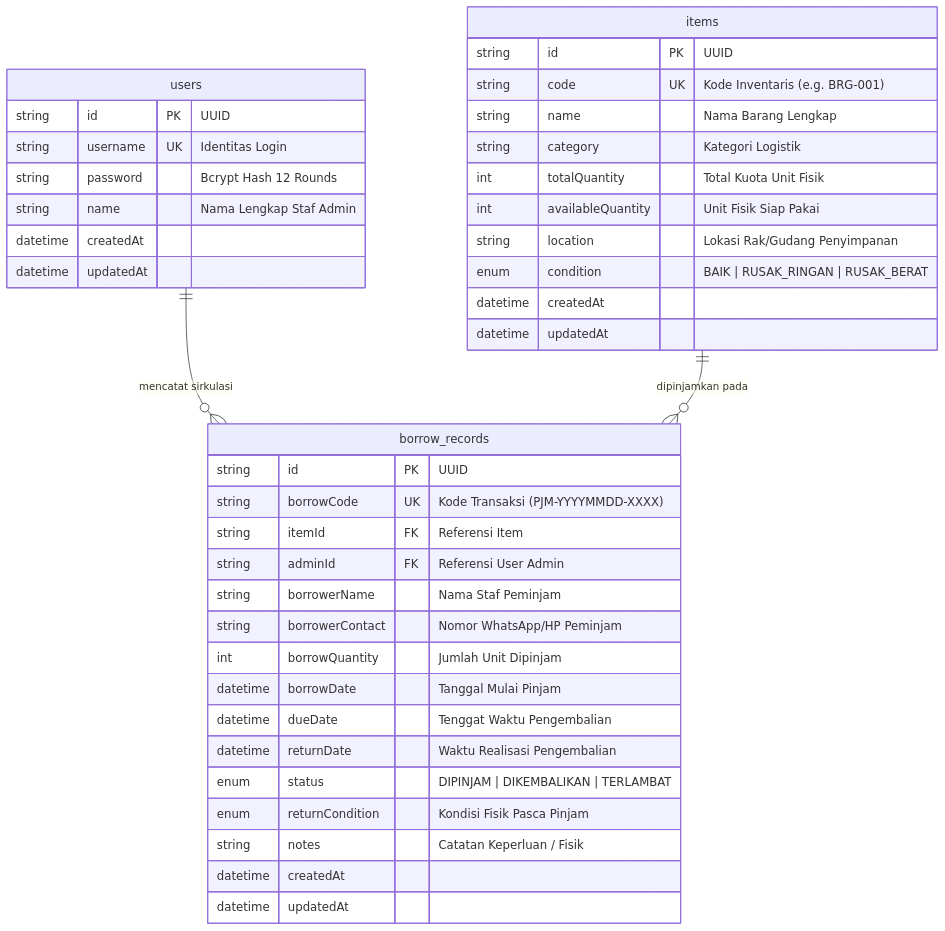
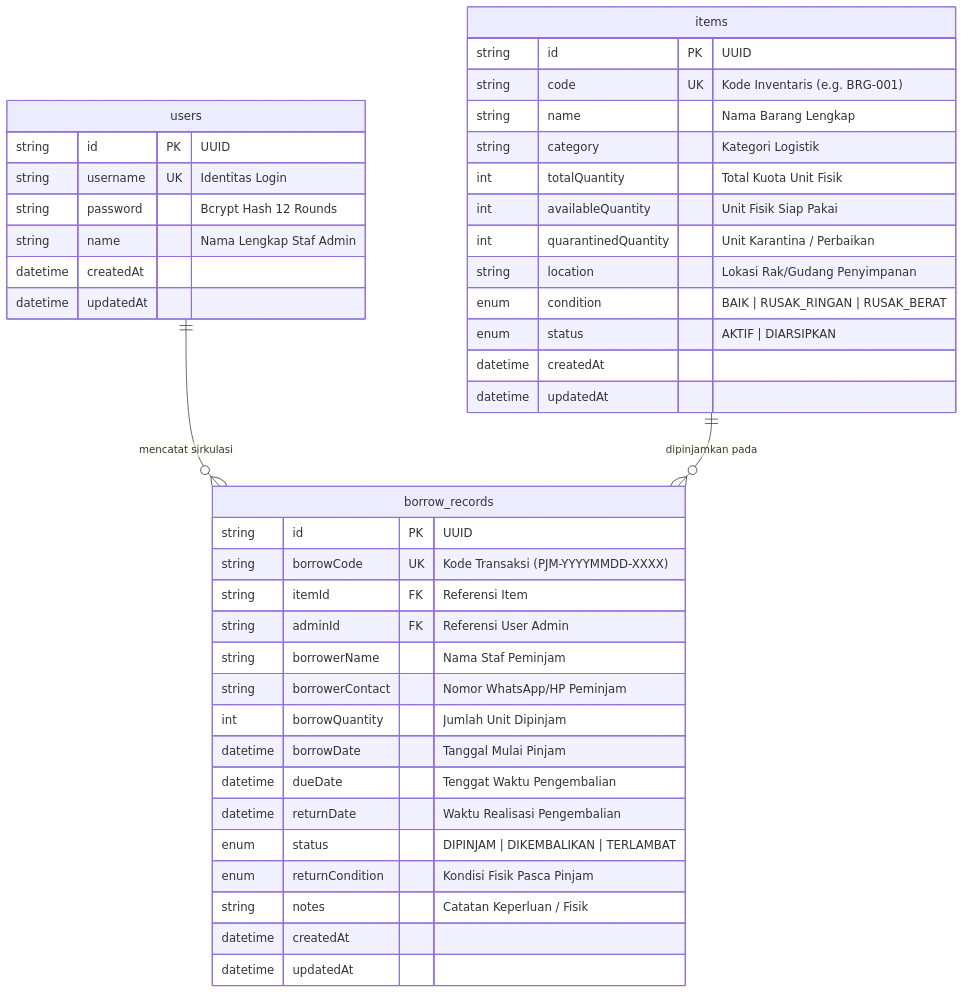
One commit to Imam-Maula/bpti-project-inventaris changed the second of 2 diagrams in README.md. Above: the diagram before and after it, drawn with Mermaid. The commit also changed other lines of this file and 10 other files, not shown here.

````diff
--- a/README.md
+++ b/README.md
@@ -134,45 +134,47 @@
 ```mermaid
 erDiagram
     users ||--o{ borrow_records : "mencatat sirkulasi"
     items ||--o{ borrow_records : "dipinjamkan pada"
 
     users {
         string id PK "UUID"
         string username UK "Identitas Login"
         string password "Bcrypt Hash 12 Rounds"
         string name "Nama Lengkap Staf Admin"
         datetime createdAt
         datetime updatedAt
     }
 
     items {
         string id PK "UUID"
         string code UK "Kode Inventaris (e.g. BRG-001)"
         string name "Nama Barang Lengkap"
         string category "Kategori Logistik"
         int totalQuantity "Total Kuota Unit Fisik"
         int availableQuantity "Unit Fisik Siap Pakai"
+        int quarantinedQuantity "Unit Karantina / Perbaikan"
         string location "Lokasi Rak/Gudang Penyimpanan"
         enum condition "BAIK | RUSAK_RINGAN | RUSAK_BERAT"
+        enum status "AKTIF | DIARSIPKAN"
         datetime createdAt
         datetime updatedAt
     }
 
     borrow_records {
         string id PK "UUID"
         string borrowCode UK "Kode Transaksi (PJM-YYYYMMDD-XXXX)"
         string itemId FK "Referensi Item"
         string adminId FK "Referensi User Admin"
         string borrowerName "Nama Staf Peminjam"
         string borrowerContact "Nomor WhatsApp/HP Peminjam"
         int borrowQuantity "Jumlah Unit Dipinjam"
         datetime borrowDate "Tanggal Mulai Pinjam"
         datetime dueDate "Tenggat Waktu Pengembalian"
         datetime returnDate "Waktu Realisasi Pengembalian"
         enum status "DIPINJAM | DIKEMBALIKAN | TERLAMBAT"
         enum returnCondition "Kondisi Fisik Pasca Pinjam"
         string notes "Catatan Keperluan / Fisik"
         datetime createdAt
         datetime updatedAt
     }
 ```
````
